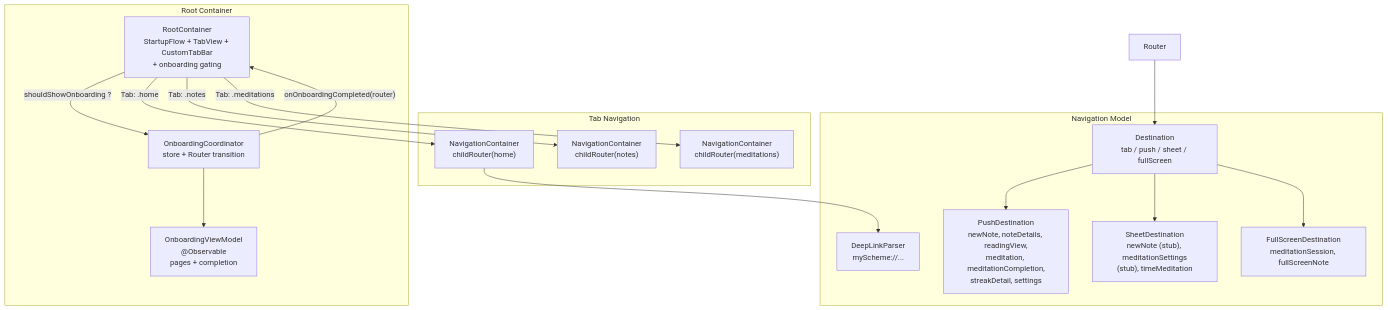
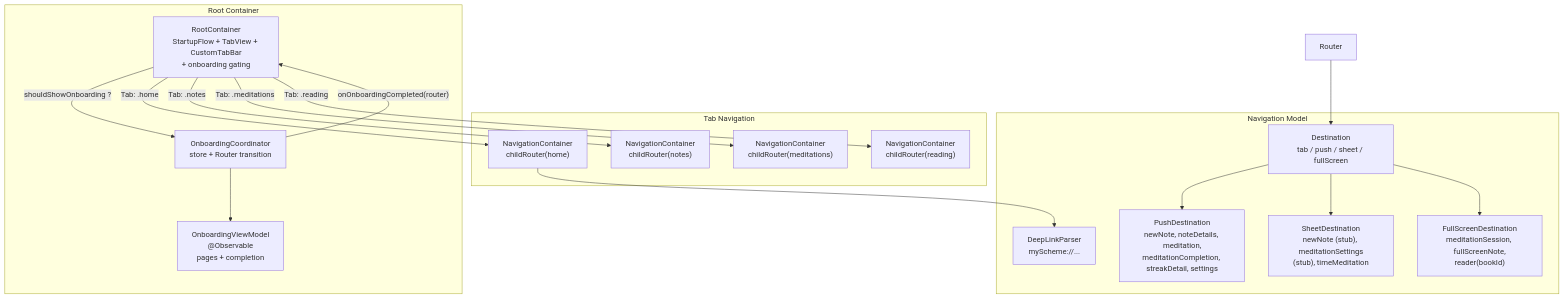
One commit to kwazzar/MeditateAndNote changed the second of 8 diagrams in ARCHITECTURE.md. Above: the diagram before and after it, drawn with Mermaid. The commit also changed other lines of this file and 5 other files, not shown here.

Commit message:
docs: sync markdown files with reading-view and hosted AI state

````diff
--- a/ARCHITECTURE.md
+++ b/ARCHITECTURE.md
@@ -181,36 +205,38 @@
 ```mermaid
 graph TB
     subgraph Root["Root Container"]
         RootView["RootContainer<br/>StartupFlow + TabView + CustomTabBar<br/>+ onboarding gating"]
         Onb["OnboardingCoordinator<br/>store + Router transition"]
         OnbVM["OnboardingViewModel<br/>@Observable<br/>pages + completion"]
     end
 
     RootView -->|"shouldShowOnboarding ?"| Onb
     Onb -->|"onOnboardingCompleted(router)"| RootView
     Onb --> OnbVM
 
     RootView -->|"Tab: .home"| NavHome
     RootView -->|"Tab: .notes"| NavNotes
     RootView -->|"Tab: .meditations"| NavMeditations
+    RootView -->|"Tab: .reading"| NavReading
 
     subgraph Tabs["Tab Navigation"]
         NavHome["NavigationContainer<br/>childRouter(home)"]
         NavNotes["NavigationContainer<br/>childRouter(notes)"]
         NavMeditations["NavigationContainer<br/>childRouter(meditations)"]
+        NavReading["NavigationContainer<br/>childRouter(reading)"]
     end
 
     subgraph Nav["Navigation Model"]
         Dest["Destination<br/>tab / push / sheet / fullScreen"]
-        Push["PushDestination<br/>newNote, noteDetails, readingView,<br/>meditation, meditationCompletion,<br/>streakDetail, settings"]
+        Push["PushDestination<br/>newNote, noteDetails, meditation,<br/>meditationCompletion, streakDetail, settings"]
         Sheet["SheetDestination<br/>newNote (stub), meditationSettings<br/>(stub), timeMeditation"]
-        Full["FullScreenDestination<br/>meditationSession, fullScreenNote"]
+        Full["FullScreenDestination<br/>meditationSession, fullScreenNote,<br/>reader(bookId)"]
         Deep["DeepLinkParser<br/>myScheme://..."]
     end
 
     Dest --> Push
     Dest --> Sheet
     Dest --> Full
     Router --> Dest
     NavHome --> Deep
 ```
````
